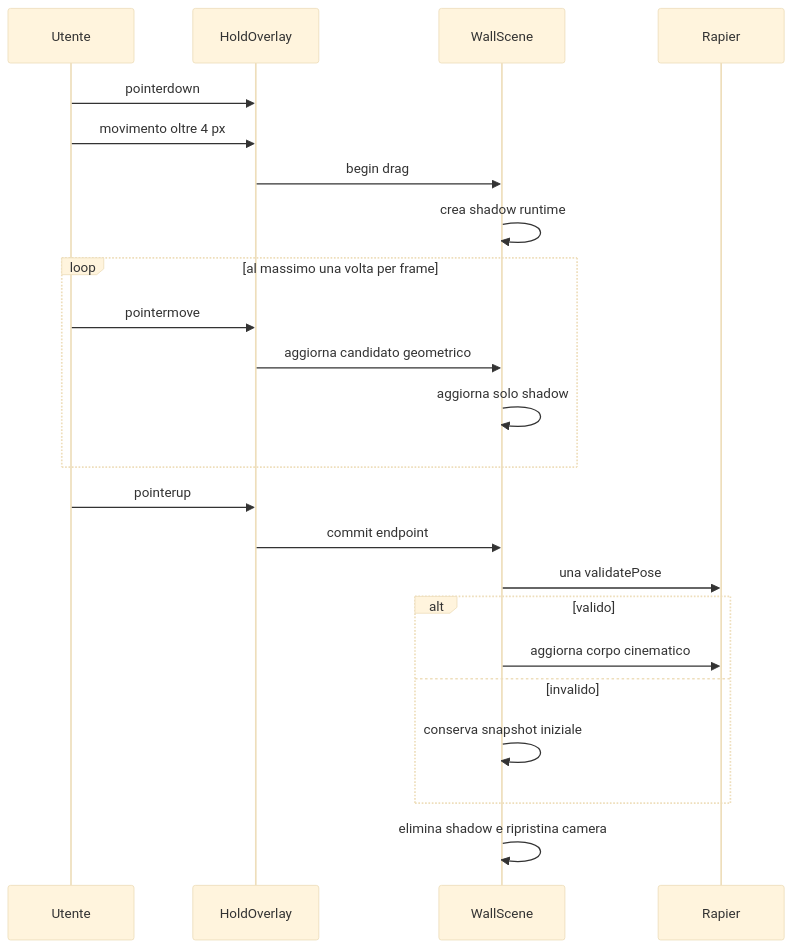
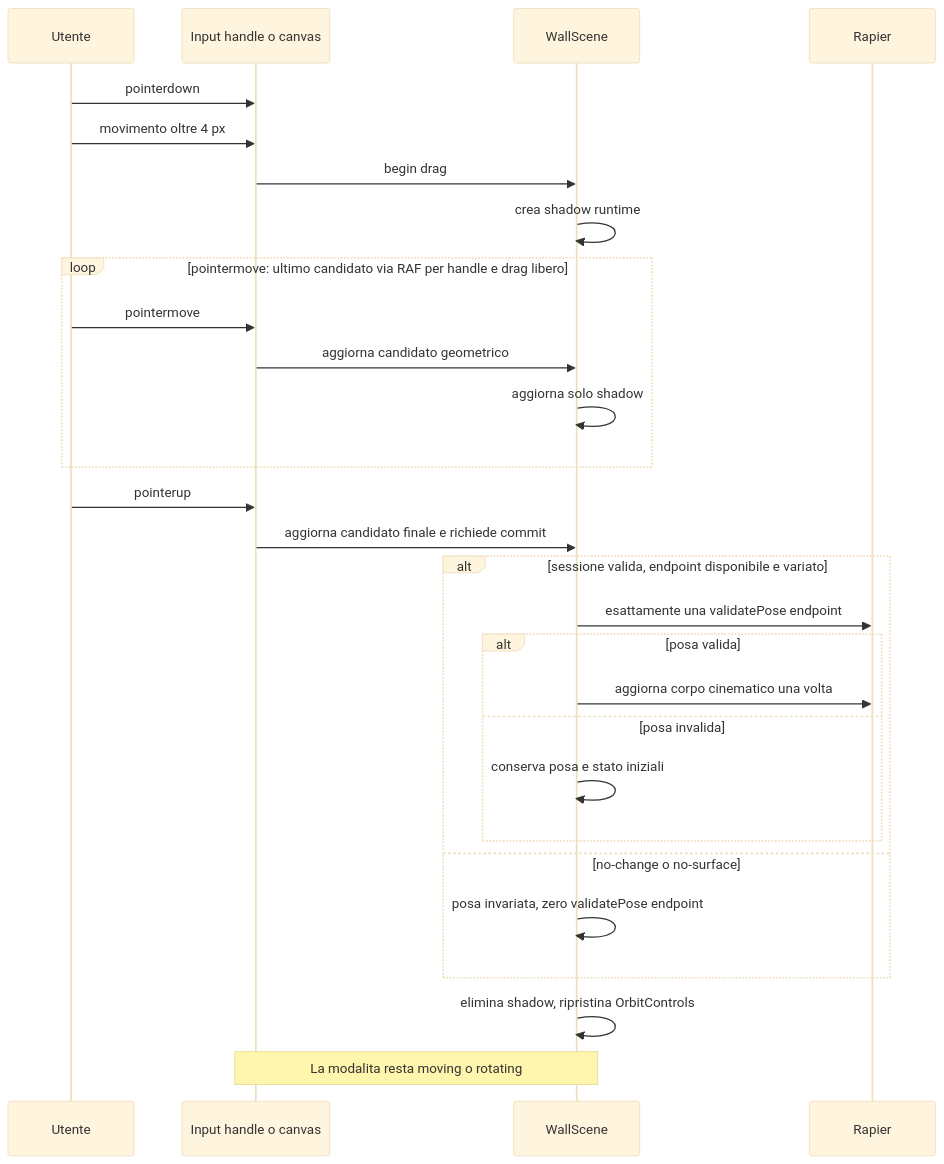
Before and after one commit to filippocurati/DEV.TEST-the-route-setter-beta: the ninth of 9 diagrams in gpt-5.6-sol/the-route-setter-beta/docs/applicazione.md, drawn with Mermaid (base theme). The commit also changed other lines of this file and 93 other files, not shown here.

````diff
--- a/gpt-5.6-sol/the-route-setter-beta/docs/applicazione.md
+++ b/gpt-5.6-sol/the-route-setter-beta/docs/applicazione.md
@@ -242,25 +280,30 @@
 ```mermaid
 sequenceDiagram
   participant U as Utente
-  participant O as HoldOverlay
+  participant O as Input handle o canvas
   participant S as WallScene
   participant P as Rapier
   U->>O: pointerdown
   U->>O: movimento oltre 4 px
   O->>S: begin drag
   S->>S: crea shadow runtime
-  loop al massimo una volta per frame
+  loop pointermove: ultimo candidato via RAF per handle e drag libero
     U->>O: pointermove
     O->>S: aggiorna candidato geometrico
     S->>S: aggiorna solo shadow
   end
   U->>O: pointerup
-  O->>S: commit endpoint
-  S->>P: una validatePose
-  alt valido
-    S->>P: aggiorna corpo cinematico
-  else invalido
-    S->>S: conserva snapshot iniziale
+  O->>S: aggiorna candidato finale e richiede commit
+  alt sessione valida, endpoint disponibile e variato
+    S->>P: esattamente una validatePose endpoint
+    alt posa valida
+      S->>P: aggiorna corpo cinematico una volta
+    else posa invalida
+      S->>S: conserva posa e stato iniziali
+    end
+  else no-change o no-surface
+    S->>S: posa invariata, zero validatePose endpoint
   end
-  S->>S: elimina shadow e ripristina camera
+  S->>S: elimina shadow, ripristina OrbitControls
+  Note over O,S: La modalita resta moving o rotating
 ```
````
